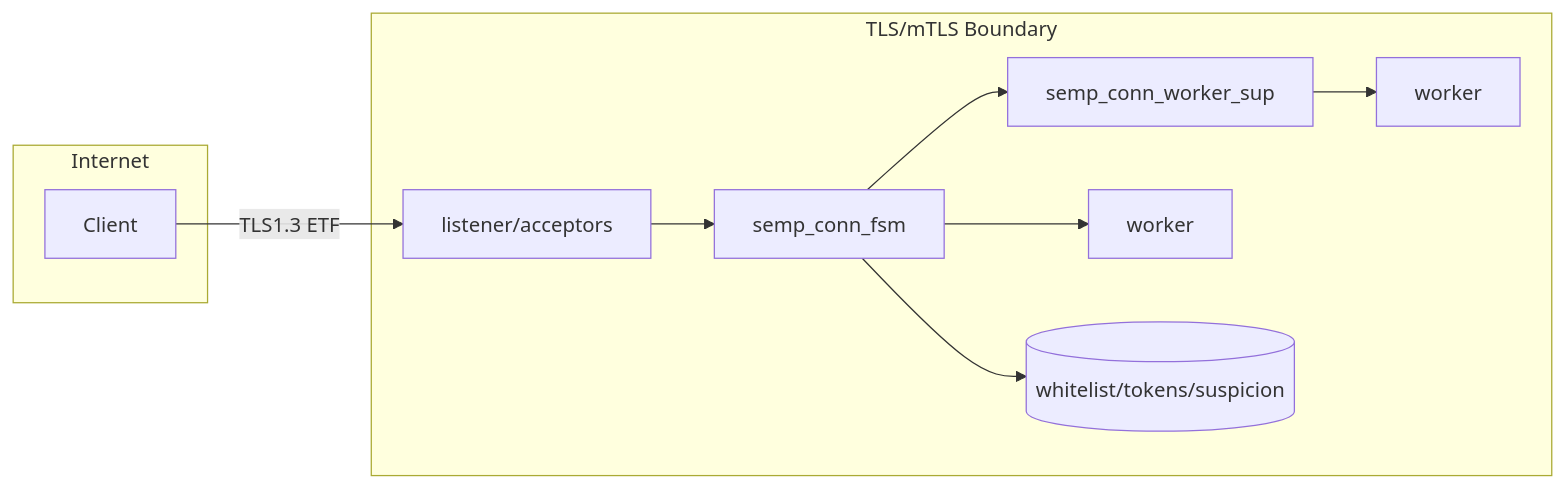
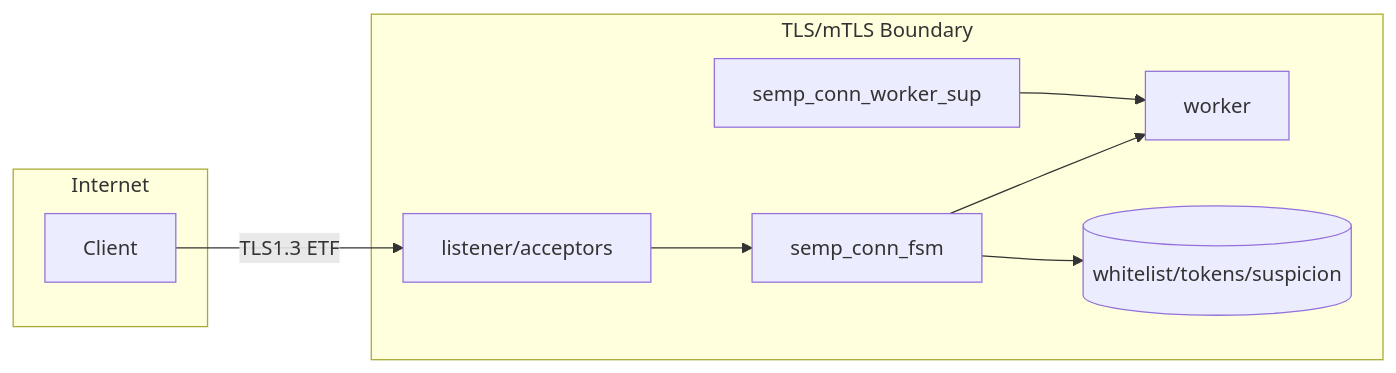
The fifth of 5 diagrams in multiplexing and backpressure design doc.md (yenrab/BEAM_SEMP), drawn with Mermaid before and after one commit.

Commit message:
Update multiplexing and backpressure design doc.md
updated relationships in Trust Boundaries flowchart

````diff
--- a/multiplexing and backpressure design doc.md
+++ b/multiplexing and backpressure design doc.md
@@ -345,18 +345,18 @@
 ```mermaid
 %% diagram: security-dfd
 flowchart LR
   subgraph Internet
     C[Client]
   end
   subgraph Server[TLS/mTLS Boundary]
     L[listener/acceptors]
     FSM[semp_conn_fsm]
     SUP[semp_conn_worker_sup]
     W1[worker]
-    W2[worker]
     ETS[(whitelist/tokens/suspicion)]
   end
-  C -- TLS1.3 ETF --> L --> FSM --> SUP --> W1
+  SUP --> W1
+  C -- TLS1.3 ETF --> L --> FSM
   FSM --> ETS
-  FSM --> W2
+  FSM --> W1
   ```
````
